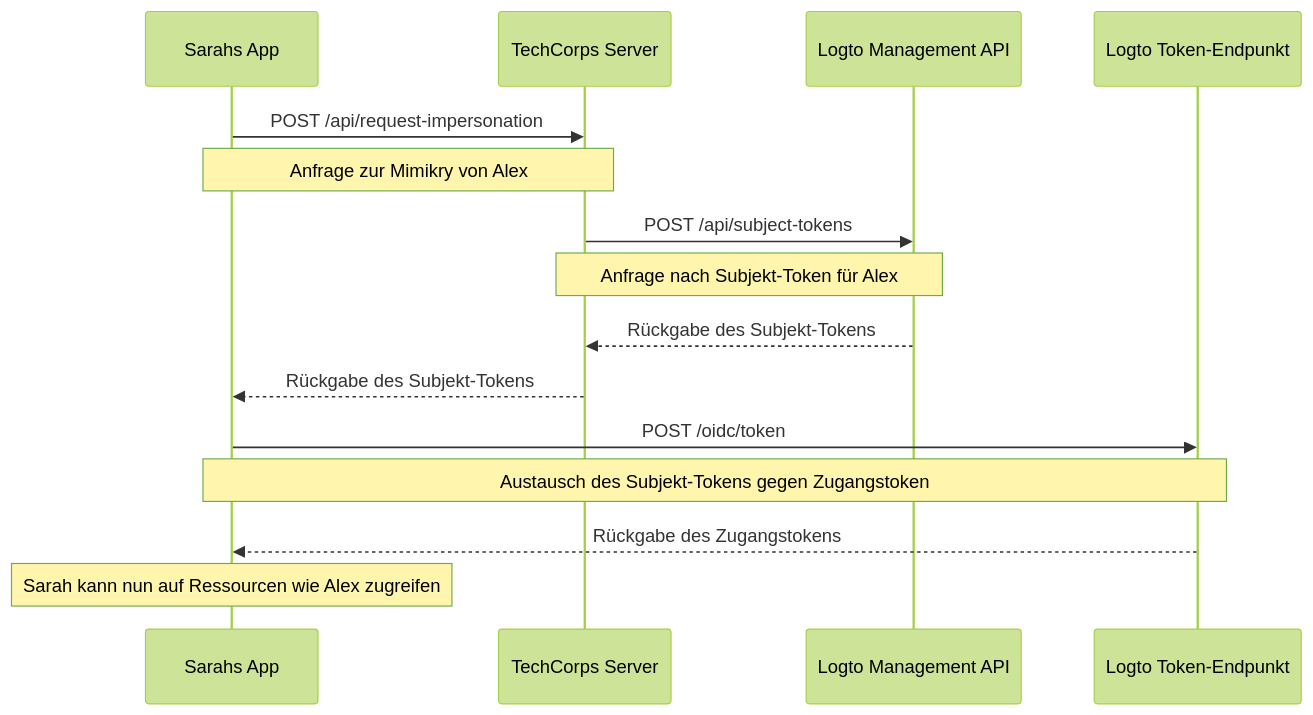
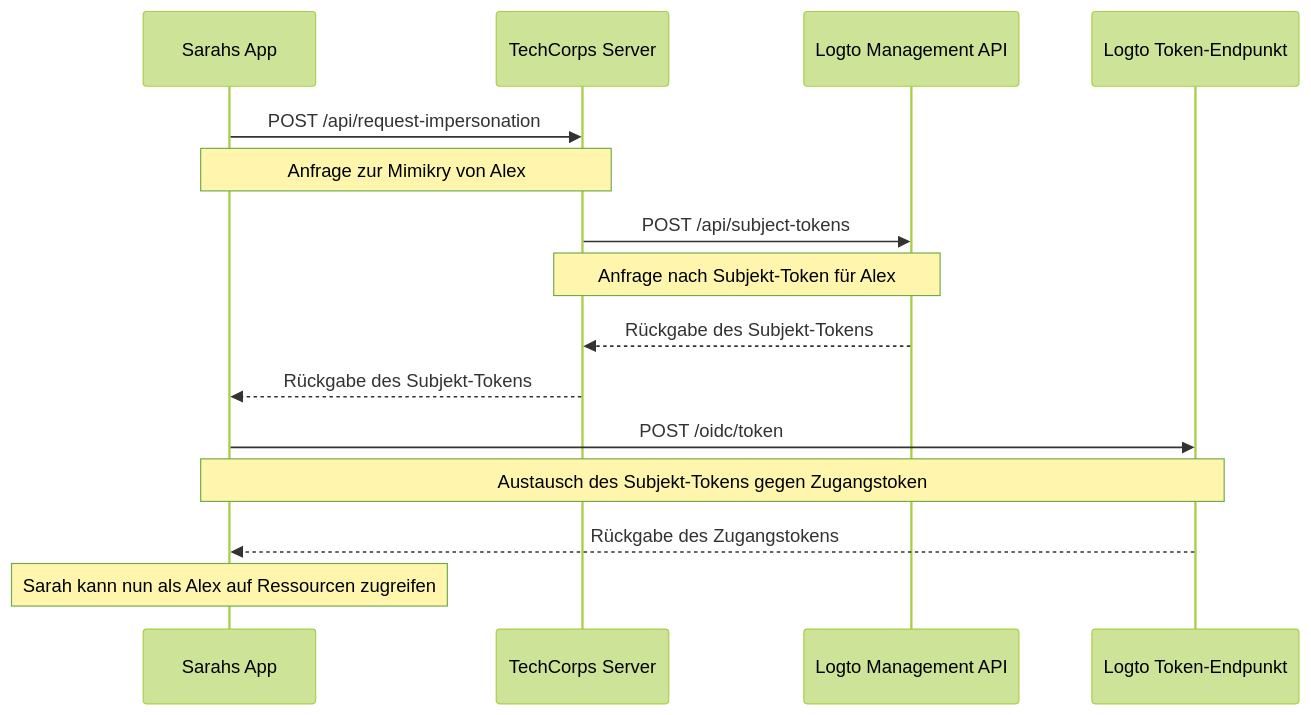
Before and after one commit to logto-io/docs: the diagram in i18n/de/docusaurus-plugin-content-docs/current/developers/user-impersonation.mdx, drawn with Mermaid (forest theme). The commit also changed other lines of this file and 428 other files, not shown here.

````diff
--- a/i18n/de/docusaurus-plugin-content-docs/current/developers/user-impersonation.mdx
+++ b/i18n/de/docusaurus-plugin-content-docs/current/developers/user-impersonation.mdx
@@ -16,22 +16,22 @@
 ```mermaid
 sequenceDiagram
     participant Sarah as Sarahs App
     participant TechCorp as TechCorps Server
     participant Logto as Logto Management API
     participant LogtoToken as Logto Token-Endpunkt
 
     Sarah->>TechCorp: POST /api/request-impersonation
     Note over Sarah,TechCorp: Anfrage zur Mimikry von Alex
 
     TechCorp->>Logto: POST /api/subject-tokens
     Note over TechCorp,Logto: Anfrage nach Subjekt-Token für Alex
 
     Logto-->>TechCorp: Rückgabe des Subjekt-Tokens
     TechCorp-->>Sarah: Rückgabe des Subjekt-Tokens
 
     Sarah->>LogtoToken: POST /oidc/token
     Note over Sarah,LogtoToken: Austausch des Subjekt-Tokens gegen Zugangstoken
 
     LogtoToken-->>Sarah: Rückgabe des Zugangstokens
-    Note over Sarah: Sarah kann nun auf Ressourcen wie Alex zugreifen
+    Note over Sarah: Sarah kann nun als Alex auf Ressourcen zugreifen
 ```
````
